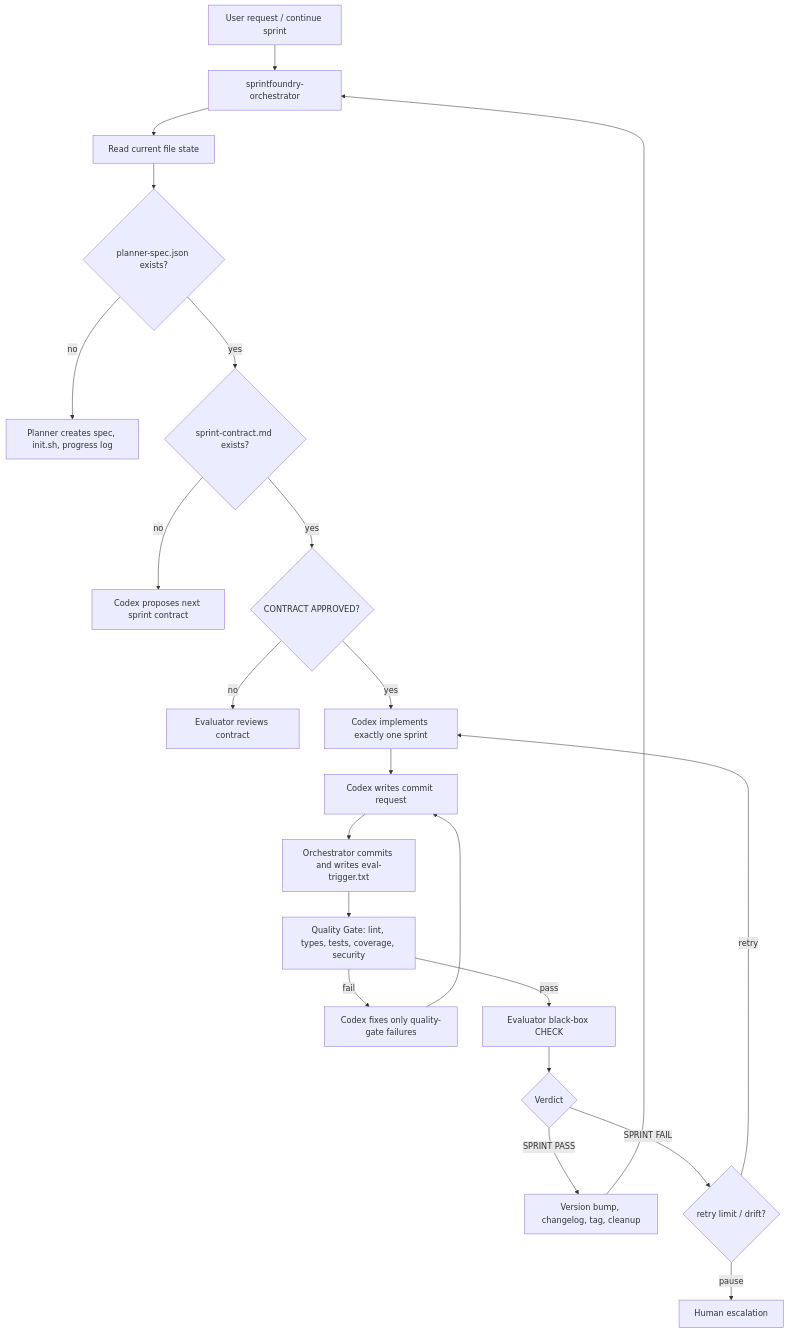
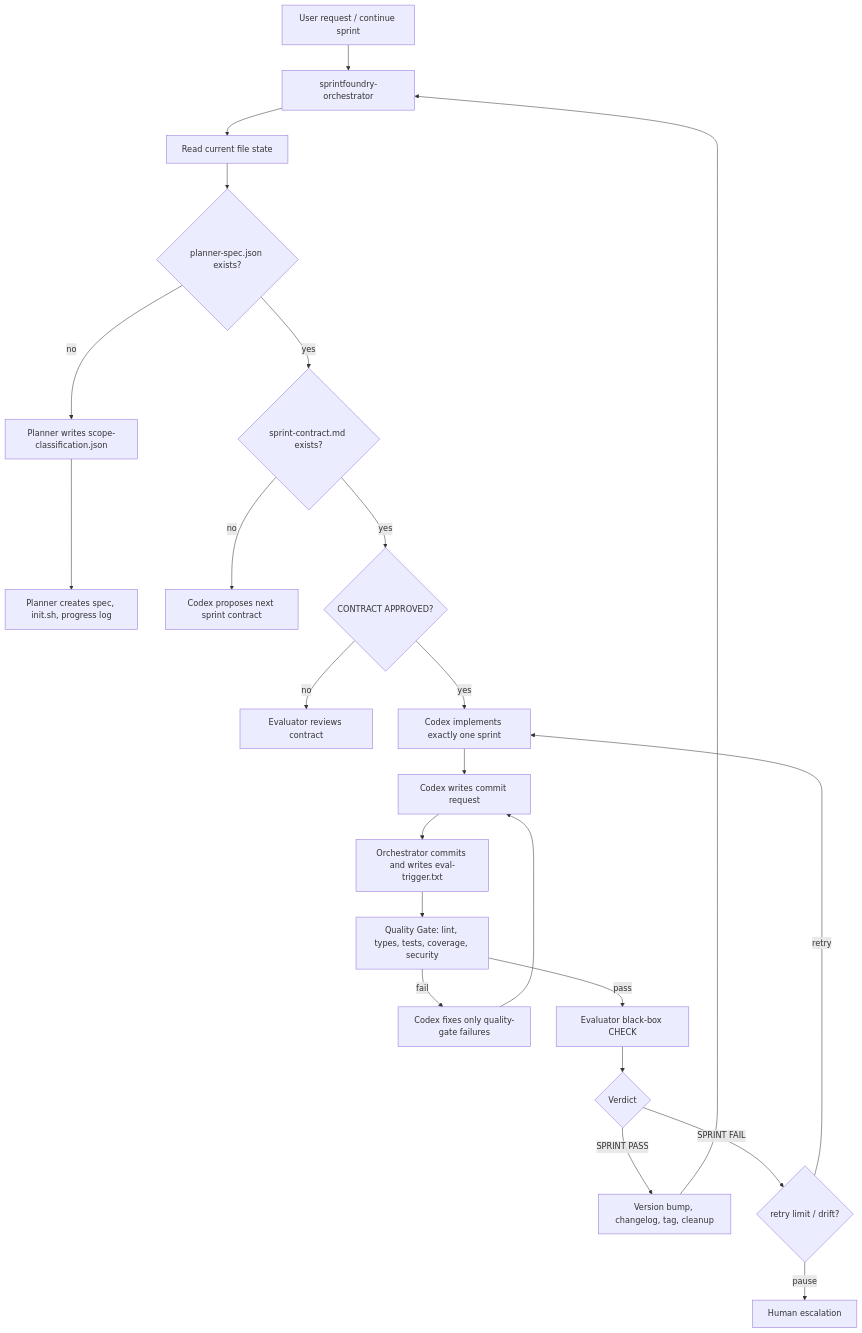
Before and after one commit to YuSec2021/sprintfoundry: the diagram in README.md, drawn with Mermaid. The commit also changed other lines of this file and 12 other files, not shown here.

````diff
--- a/README.md
+++ b/README.md
@@ -79,24 +79,25 @@
 ```mermaid
 flowchart TD
     A["User request / continue sprint"] --> O["sprintfoundry-orchestrator"]
     O --> S["Read current file state"]
     S --> P{"planner-spec.json exists?"}
-    P -- no --> PL["Planner creates spec, init.sh, progress log"]
+    P -- no --> SC["Planner writes scope-classification.json"]
+    SC --> PL["Planner creates spec, init.sh, progress log"]
     P -- yes --> C{"sprint-contract.md exists?"}
     C -- no --> NC["Codex proposes next sprint contract"]
     C -- yes --> A1{"CONTRACT APPROVED?"}
     A1 -- no --> CR["Evaluator reviews contract"]
     A1 -- yes --> G["Codex implements exactly one sprint"]
     G --> RQ["Codex writes commit request"]
     RQ --> T["Orchestrator commits and writes eval-trigger.txt"]
     T --> Q["Quality Gate: lint, types, tests, coverage, security"]
     Q -- fail --> QF["Codex fixes only quality-gate failures"]
     QF --> RQ
     Q -- pass --> E["Evaluator black-box CHECK"]
     E --> R{"Verdict"}
     R -- "SPRINT PASS" --> V["Version bump, changelog, tag, cleanup"]
     R -- "SPRINT FAIL" --> F{"retry limit / drift?"}
     F -- retry --> G
     F -- pause --> H["Human escalation"]
     V --> O
 ```
````
